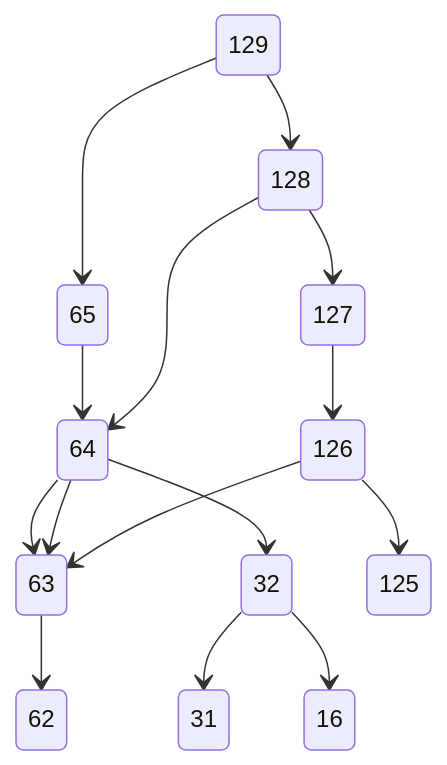
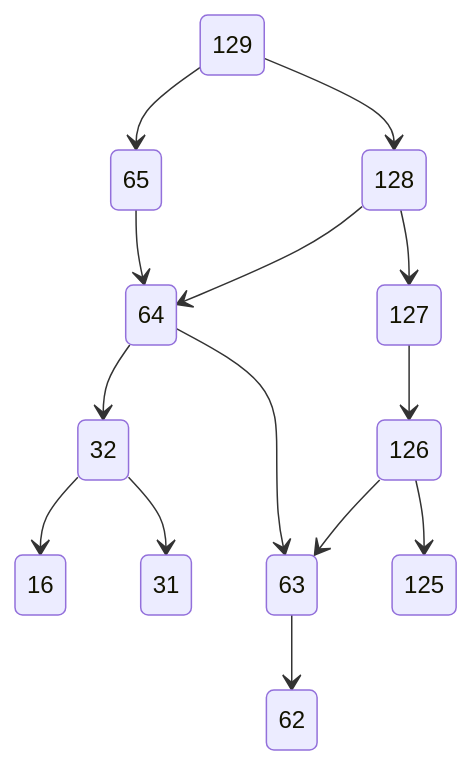
Before and after one commit to viktorshandrikov/repository-1: the diagram in 19.md, drawn with Mermaid.

````diff
--- a/19.md
+++ b/19.md
@@ -1,17 +1,16 @@
 ```mermaid
 stateDiagram-v2
 129 --> 128
 129 --> 65
 128 --> 127
 65 --> 64
 64 -->63 
 127-->126
 126 --> 125
 128 --> 64
 63 --> 62 
 64 -->32
 32 --> 31
-32-->16 
-64-->63 
+32-->16  
 126-->63
 ```
````
